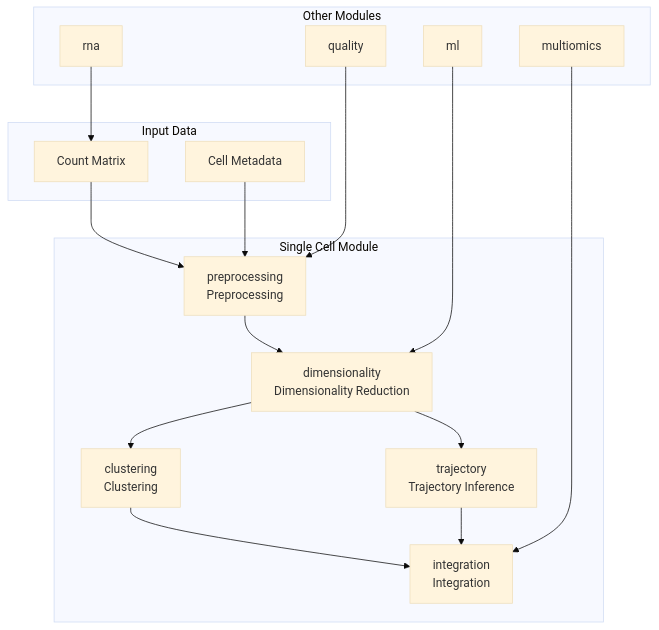
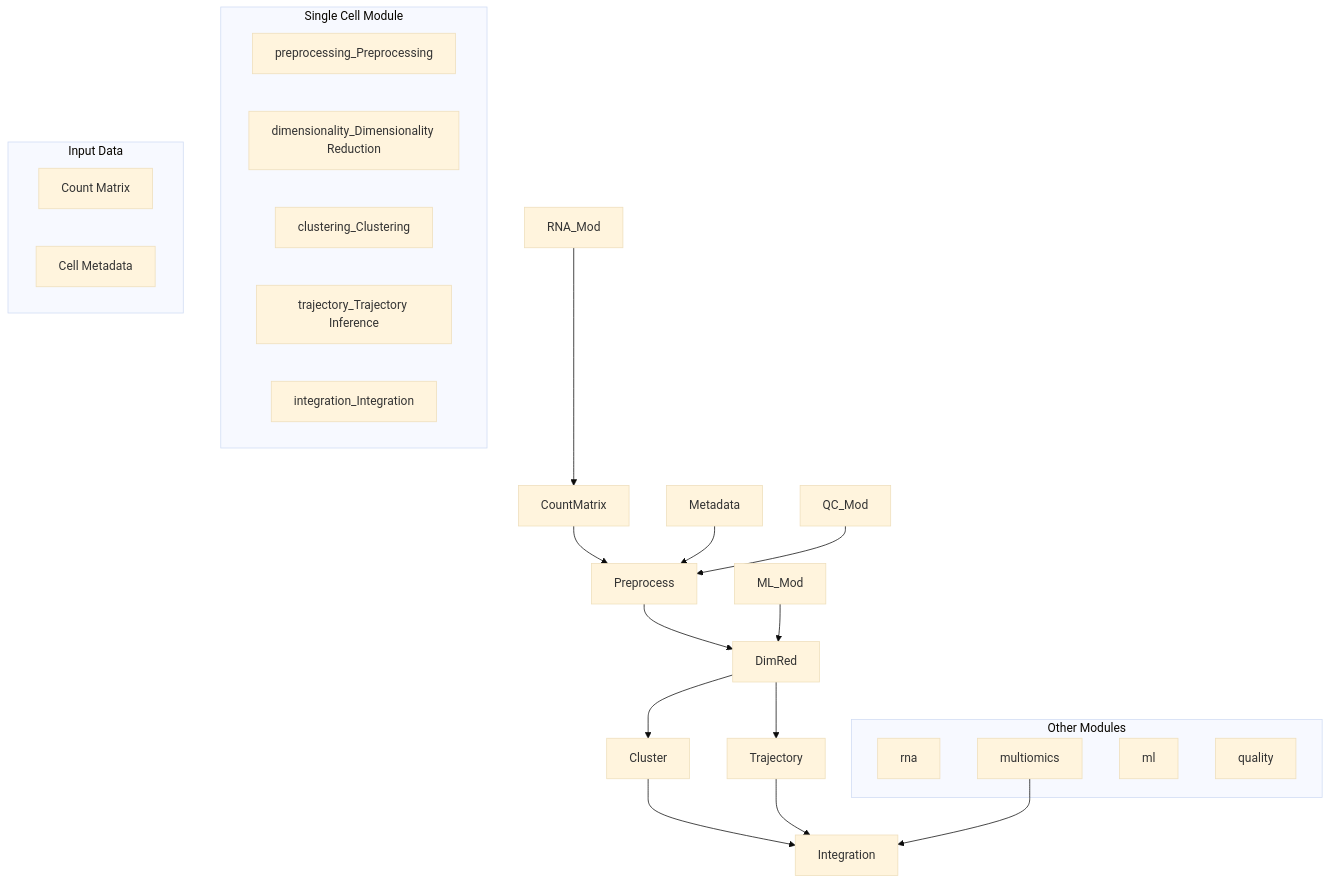
One commit to docxology/MetaInformAnt changed the first of 6 diagrams in src/metainformant/singlecell/README.md. Above: the diagram before and after it, drawn with Mermaid (base theme). The commit also changed other lines of this file and 611 other files, not shown here.

````diff
--- a/src/metainformant/singlecell/README.md
+++ b/src/metainformant/singlecell/README.md
@@ -11,34 +11,34 @@
 ```mermaid
 graph TB
     subgraph "Single Cell Module"
-        Preprocess[preprocessing<br/>Preprocessing]
-        DimRed[dimensionality<br/>Dimensionality Reduction]
-        Cluster[clustering<br/>Clustering]
-        Trajectory[trajectory<br/>Trajectory Inference]
-        Integration[integration<br/>Integration]
+        PreprocesspreprocessingPreprocessing[preprocessing_Preprocessing]
+        DimReddimensionalityDimensionalityReduction[dimensionality_Dimensionality Reduction]
+        ClusterclusteringClustering[clustering_Clustering]
+        TrajectorytrajectoryTrajectoryInference[trajectory_Trajectory Inference]
+        IntegrationintegrationIntegration[integration_Integration]
     end
     
     subgraph "Input Data"
-        CountMatrix[Count Matrix]
-        Metadata[Cell Metadata]
+        CountMatrixcountMatrix[Count Matrix]
+        MetadatacellMetadata[Cell Metadata]
     end
     
     subgraph "Other Modules"
-        RNA_Mod[rna]
+        rna[rna]
         MultiOmics[multiomics]
-        ML_Mod[ml]
-        QC_Mod[quality]
+        ml[ml]
+        quality[quality]
     end
     
     CountMatrix --> Preprocess
     Metadata --> Preprocess
     Preprocess --> DimRed
     DimRed --> Cluster
     DimRed --> Trajectory
     Cluster --> Integration
     Trajectory --> Integration
     RNA_Mod --> CountMatrix
     MultiOmics --> Integration
     ML_Mod --> DimRed
     QC_Mod --> Preprocess
 ```
````
